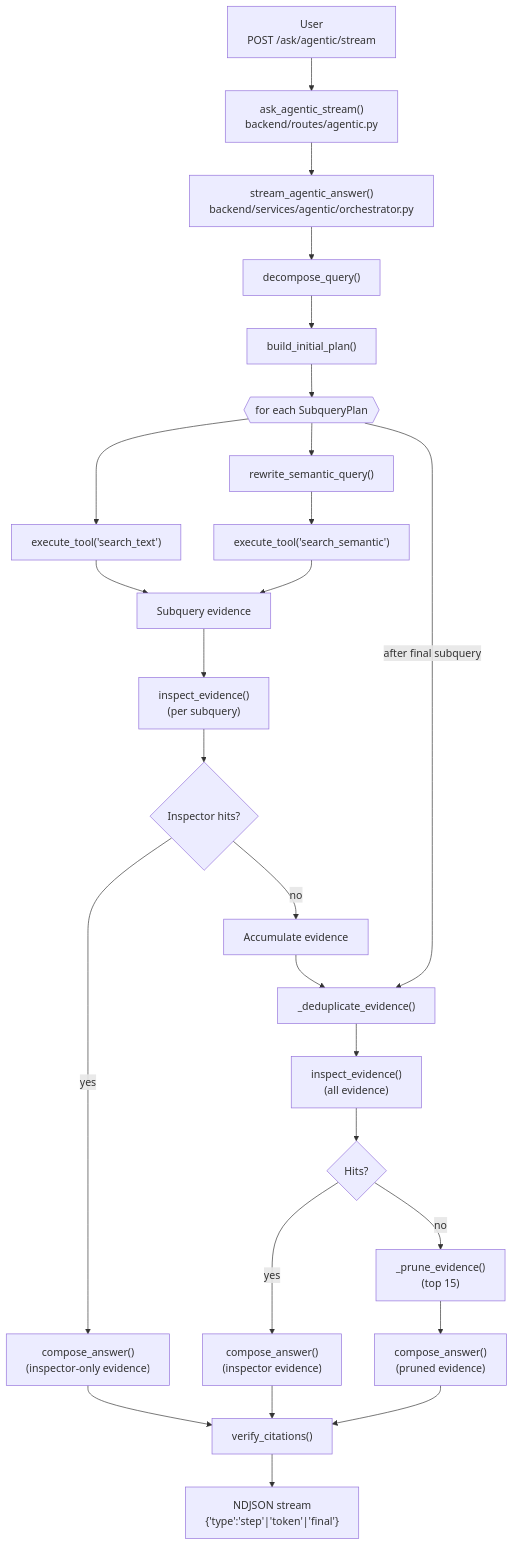
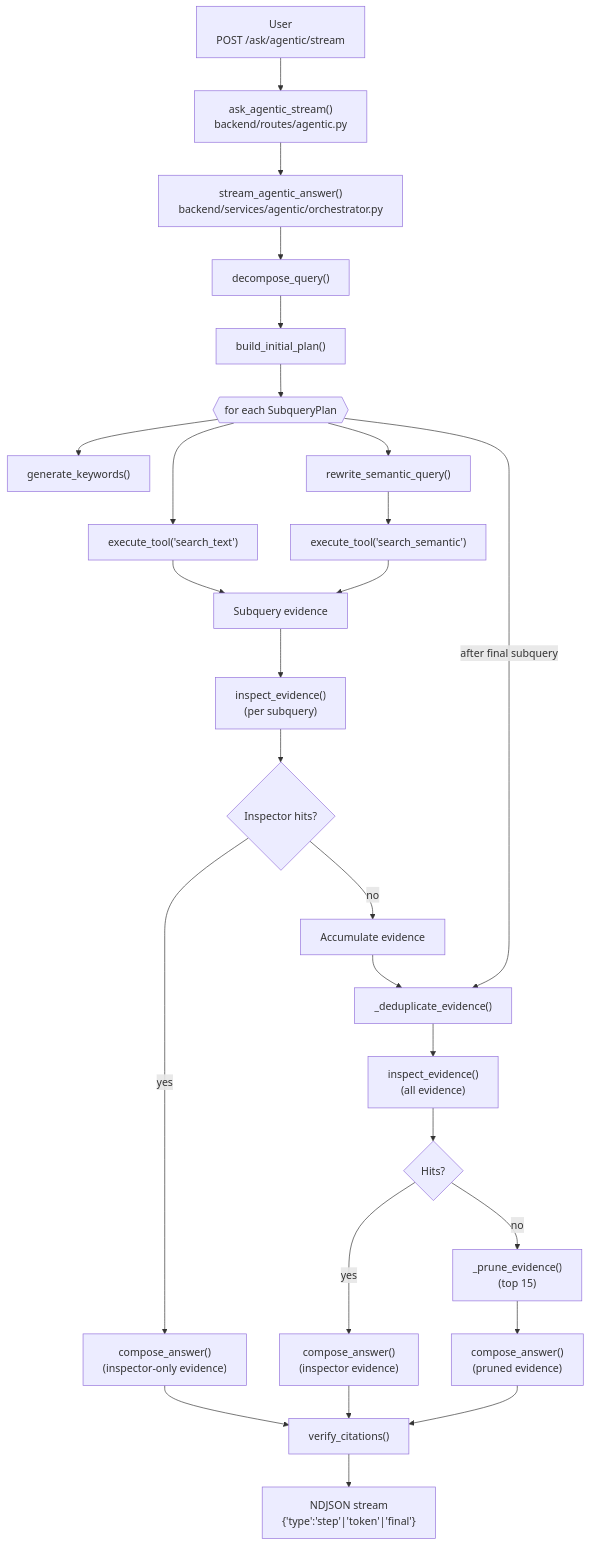
The diagram in docs/agentic_flow.md (nobody-qwert/doc-chat), drawn with Mermaid before and after one commit. The commit also changed other lines of this file and 4 other files, not shown here.

````diff
--- a/docs/agentic_flow.md
+++ b/docs/agentic_flow.md
@@ -7,32 +7,33 @@
 ```mermaid
 flowchart TD
     U["User\nPOST /ask/agentic/stream"] --> RT["ask_agentic_stream()\nbackend/routes/agentic.py"]
     RT --> OR["stream_agentic_answer()\nbackend/services/agentic/orchestrator.py"]
     OR --> DQ["decompose_query()"]
     DQ --> BP["build_initial_plan()"]
     BP --> LOOP{{"for each SubqueryPlan"}}
 
+    LOOP --> GK["generate_keywords()"]
     LOOP --> ST["execute_tool('search_text')"]
     LOOP --> RW["rewrite_semantic_query()"]
     RW --> SS["execute_tool('search_semantic')"]
     
     ST --> SUBE["Subquery evidence"]
     SS --> SUBE
     SUBE --> IS1["inspect_evidence()\n(per subquery)"]
     IS1 --> HIT{Inspector hits?}
     HIT -->|yes| EARLY["compose_answer()\n(inspector-only evidence)"]
     HIT -->|no| GLOBAL["Accumulate evidence"]
     
     GLOBAL --> DEDUP["_deduplicate_evidence()"]
     LOOP -->|after final subquery| DEDUP
     DEDUP --> IS2["inspect_evidence()\n(all evidence)"]
     IS2 --> HIT2{Hits?}
     HIT2 -->|yes| INSANS["compose_answer()\n(inspector evidence)"]
     HIT2 -->|no| PR["_prune_evidence()\n(top 15)"]
     PR --> CA["compose_answer()\n(pruned evidence)"]
     
     EARLY --> VC["verify_citations()"]
     INSANS --> VC
     CA --> VC
     VC --> RESP["NDJSON stream\n{'type':'step'|'token'|'final'}"]
 ```
````
